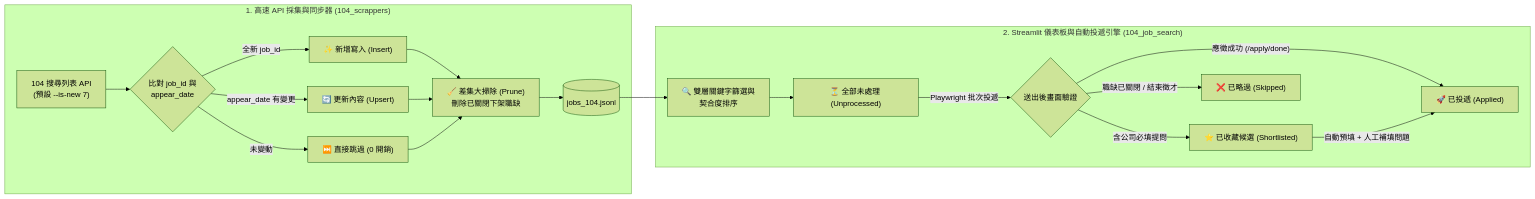
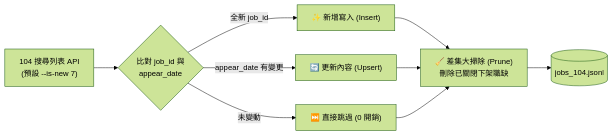
One commit to jeniebeez/Job_Search_Tools changed the first of 2 diagrams in README.zh-TW.md. Above: the diagram before and after it, drawn with Mermaid (forest theme). The commit also changed other lines of this file and 1 other file, not shown here.

Commit message:
docs(readme): split Mermaid architecture diagram into two stacked full-width diagrams for better readability

````diff
--- a/README.zh-TW.md
+++ b/README.zh-TW.md
@@ -79,21 +81,9 @@
 ```mermaid
 flowchart LR
-    subgraph Scraper ["1. 高速 API 採集與同步器 (104_scrappers)"]
-        A["104 搜尋列表 API<br/>(預設 --is-new 7)"] --> B{"比對 job_id 與<br/>appear_date"}
-        B -- "全新 job_id" --> C["✨ 新增寫入 (Insert)"]
-        B -- "appear_date 有變更" --> D["🔄 更新內容 (Upsert)"]
-        B -- "未變動" --> E["⏭️ 直接跳過 (0 開銷)"]
-        C & D & E --> F["🧹 差集大掃除 (Prune)<br/>刪除已關閉下架職缺"]
-        F --> G[("jobs_104.jsonl")]
-    end
-
-    subgraph Dashboard ["2. Streamlit 儀表板與自動投遞引擎 (104_job_search)"]
-        G --> H["🔍 雙層關鍵字篩選與<br/>契合度排序"]
-        H --> I["⏳ 全部未處理 (Unprocessed)"]
-        I -- "Playwright 批次投遞" --> J{"送出後畫面驗證"}
-        J -- "應徵成功 (/apply/done)" --> K["🚀 已投遞 (Applied)"]
-        J -- "含公司必填提問" --> L["⭐ 已收藏候選 (Shortlisted)"]
-        J -- "職缺已關閉 / 結束徵才" --> M["❌ 已略過 (Skipped)"]
-        L -- "自動預填 + 人工補填問題" --> K
-    end
+    A["104 搜尋列表 API<br/>(預設 --is-new 7)"] --> B{"比對 job_id 與<br/>appear_date"}
+    B -- "全新 job_id" --> C["✨ 新增寫入 (Insert)"]
+    B -- "appear_date 有變更" --> D["🔄 更新內容 (Upsert)"]
+    B -- "未變動" --> E["⏭️ 直接跳過 (0 開銷)"]
+    C & D & E --> F["🧹 差集大掃除 (Prune)<br/>刪除已關閉下架職缺"]
+    F --> G[("jobs_104.jsonl")]
 ```
````
